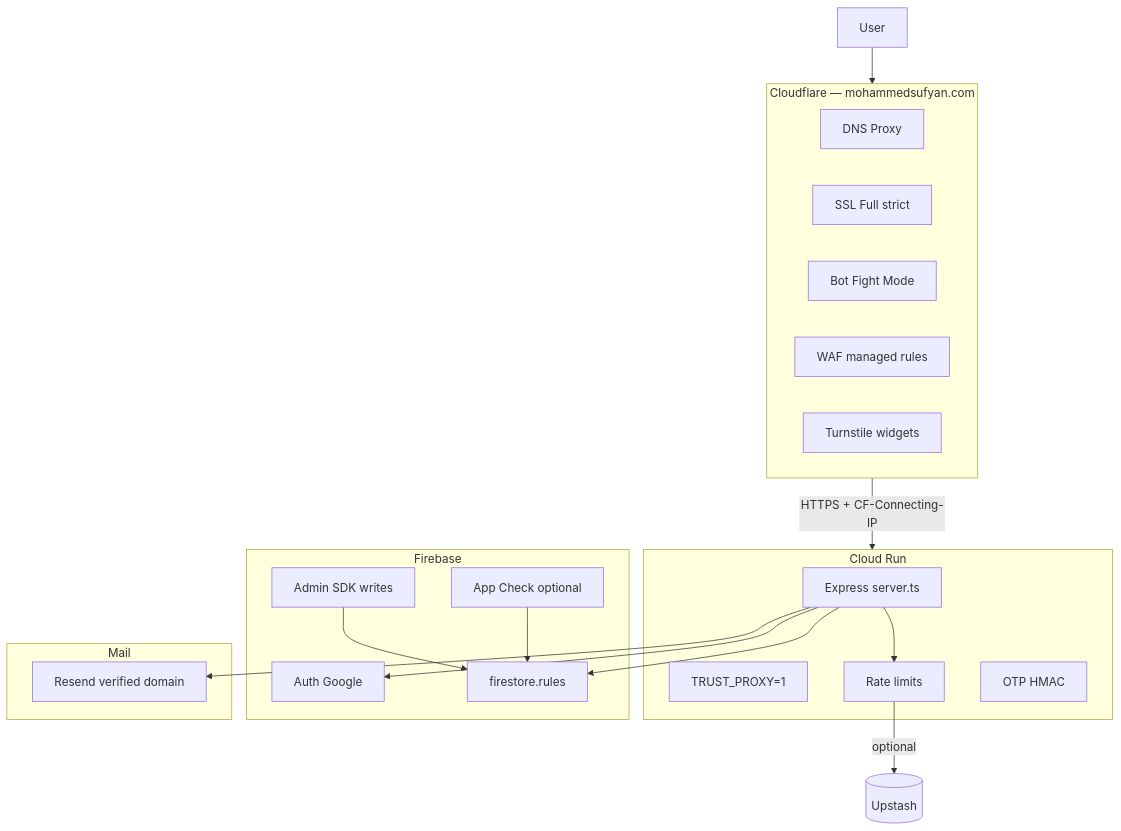
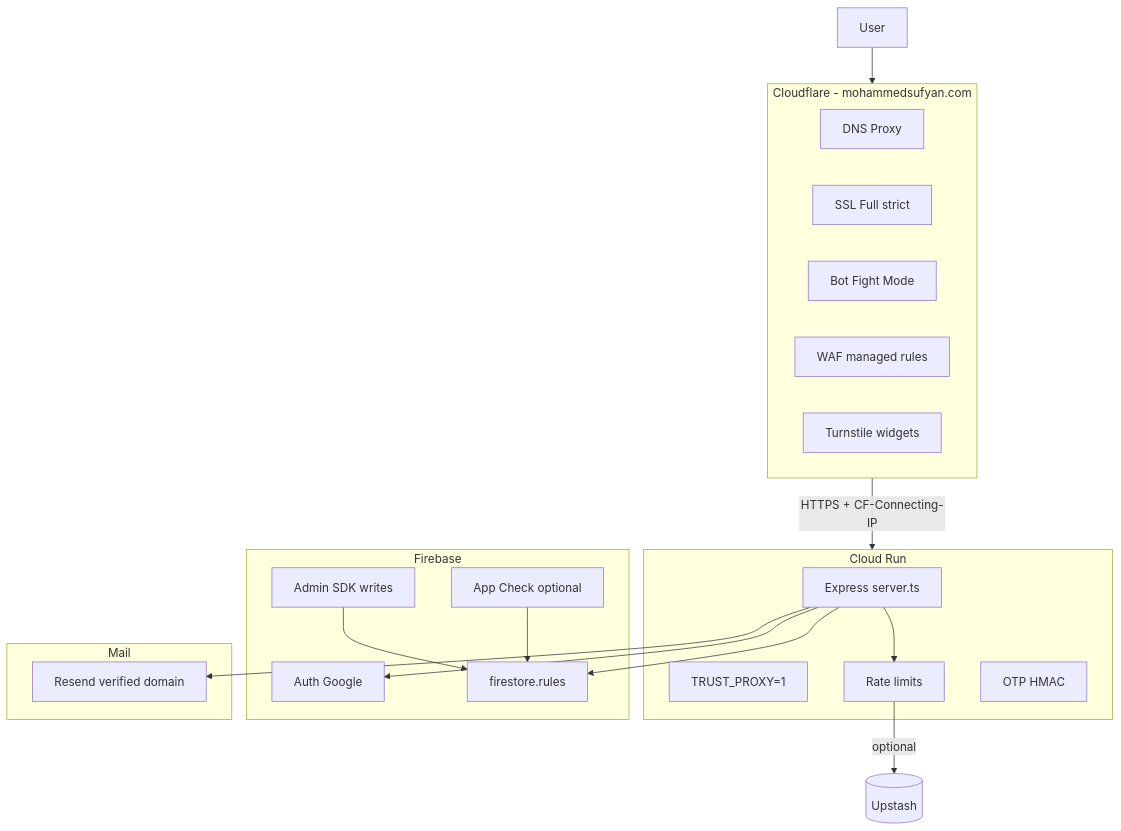
Before and after one commit to mosufyan/sufyan-portfolio: the first of 6 diagrams in docs/SECURITY_CONFIGURATION.md, drawn with Mermaid. The commit also changed other lines of this file and 78 other files, not shown here.

````diff
--- a/docs/SECURITY_CONFIGURATION.md
+++ b/docs/SECURITY_CONFIGURATION.md
@@ -13,40 +13,40 @@
 ```mermaid
 flowchart TB
   U[User] --> CF
 
-  subgraph CF["Cloudflare — mohammedsufyan.com"]
+  subgraph CF["Cloudflare - mohammedsufyan.com"]
     DNS[DNS Proxy]
-    SSL[SSL Full strict]
+    SSL["SSL Full strict"]
     Bot[Bot Fight Mode]
     WAF[WAF managed rules]
     TS[Turnstile widgets]
   end
 
-  CF -->|HTTPS + CF-Connecting-IP| CR
+  CF -->|"HTTPS + CF-Connecting-IP"| CR
 
   subgraph CR["Cloud Run"]
-    Exp[Express server.ts]
-    TP[TRUST_PROXY=1]
+    Exp["Express server.ts"]
+    TP["TRUST_PROXY=1"]
     RL[Rate limits]
     OTP[OTP HMAC]
   end
 
   subgraph FB["Firebase"]
     Auth[Auth Google]
-    Rules[firestore.rules]
+    Rules["firestore.rules"]
     AC[App Check optional]
     Adm[Admin SDK writes]
   end
 
   subgraph Mail["Mail"]
     RS[Resend verified domain]
   end
 
   Exp --> Auth
   Exp --> Rules
   Exp --> RS
   Exp --> RL
   RL -->|optional| Redis[(Upstash)]
   Adm --> Rules
   AC --> Rules
 ```
````
